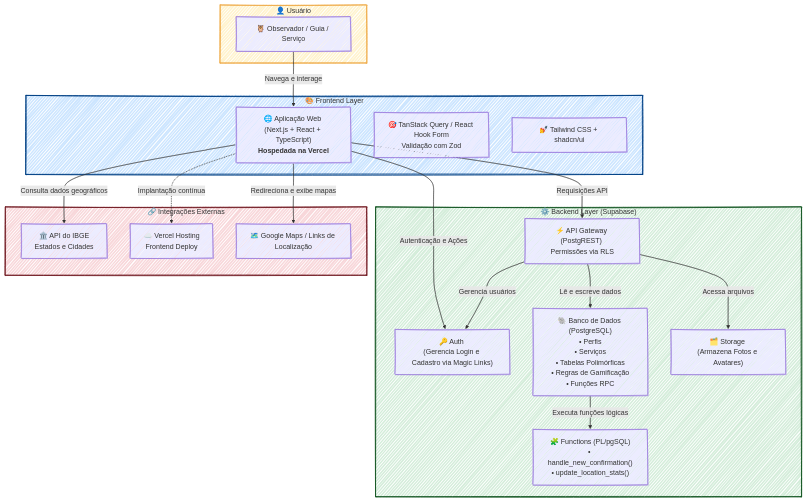
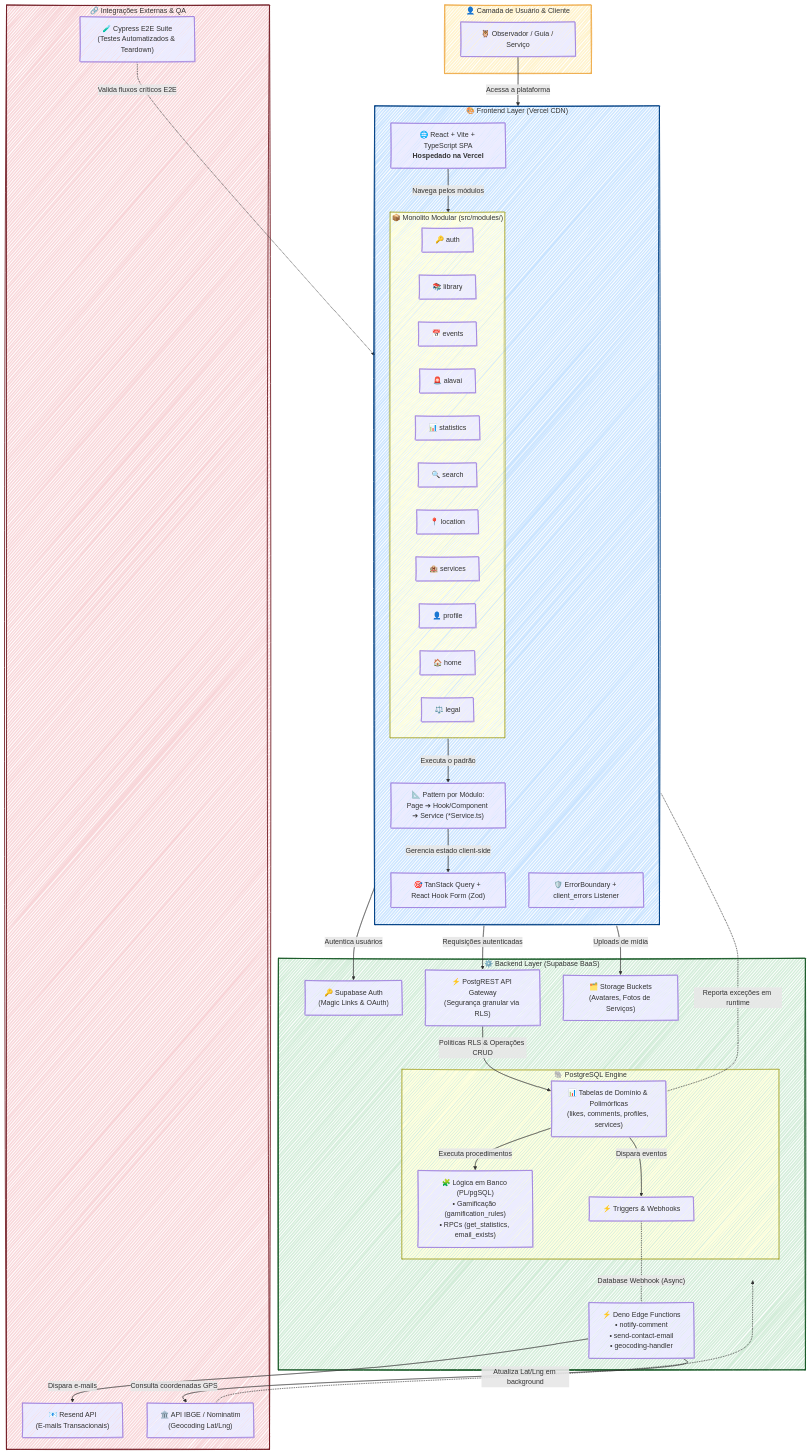
One commit to lfrichter/ask-richter changed the third of 19 diagrams in apps/backend/src/knowledge-base/Projects-Consolidated.md. Above: the diagram before and after it, drawn with Mermaid. The commit also changed other lines of this file and 2 other files, not shown here.

````diff
--- a/apps/backend/src/knowledge-base/Projects-Consolidated.md
+++ b/apps/backend/src/knowledge-base/Projects-Consolidated.md
@@ -297,46 +326,78 @@
 flowchart TD
 
     %% === Usuário ===
-    subgraph U["👤 Usuário"]
-        U1["🦉 Observador / Guia / Serviço"]
+    subgraph Client["👤 Camada de Usuário & Cliente"]
+        U["🦉 Observador / Guia / Serviço"]
     end
-    style U fill:#fff3cd,stroke:#f0ad4e,stroke-width:2px
+    style Client fill:#fff3cd,stroke:#f0ad4e,stroke-width:2px
 
-    %% === Frontend ===
-    subgraph F["🎨 Frontend Layer"]
-        F1["🌐 Aplicação Web <br>(Next.js + React + TypeScript)<br><b>Hospedada na Vercel</b>"]
-        F2["🎯 TanStack Query / React Hook Form<br>Validação com Zod"]
-        F3["💅 Tailwind CSS + shadcn/ui"]
+    %% === Frontend Modular ===
+    subgraph Frontend["🎨 Frontend Layer (Vercel CDN)"]
+        direction TB
+        SPA["🌐 React + Vite + TypeScript SPA<br><b>Hospedado na Vercel</b>"]
+        
+        subgraph Modules["📦 Monolito Modular (src/modules/)"]
+            M1["🔑 auth"]
+            M2["📚 library"]
+            M3["📅 events"]
+            M4["🚨 alavai"]
+            M5["📊 statistics"]
+            M6["🔍 search"]
+            M7["📍 location"]
+            M8["🏨 services"]
+            M9["👤 profile"]
+            M10["🏠 home"]
+            M11["⚖️ legal"]
+        end
+        
+        PATTERN["📐 Pattern por Módulo:<br>Page ➔ Hook/Component ➔ Service (*Service.ts)"]
+        UI_STATE["🎯 TanStack Query + React Hook Form (Zod)"]
+        LINT["🛡️ ErrorBoundary + client_errors Listener"]
     end
-    style F fill:#cce5ff,stroke:#004085,stroke-width:2px
+    style Frontend fill:#cce5ff,stroke:#004085,stroke-width:2px
 
-    %% === Backend / Supabase ===
-    subgraph B["⚙️ Backend Layer (Supabase)"]
-        A["🔑 Auth <br>(Gerencia Login e Cadastro via Magic Links)"]
-        API["⚡ API Gateway (PostgREST) <br>Permissões via RLS"]
-        DB["🐘 Banco de Dados (PostgreSQL)<br>• Perfis<br>• Serviços<br>• Tabelas Polimórficas<br>• Regras de Gamificação<br>• Funções RPC"]
-        S["🗂️ Storage <br>(Armazena Fotos e Avatares)"]
-        FN["🧩 Functions (PL/pgSQL)<br>• handle_new_confirmation()<br>• update_location_stats()"]
+    %% === Backend & Supabase ===
+    subgraph Backend["⚙️ Backend Layer (Supabase BaaS)"]
+        AUTH["🔑 Supabase Auth<br>(Magic Links & OAuth)"]
+        API["⚡ PostgREST API Gateway<br>(Segurança granular via RLS)"]
+        
+        subgraph DB["🐘 PostgreSQL Engine"]
+            TABLES["📊 Tabelas de Domínio & Polimórficas<br>(likes, comments, profiles, services)"]
+            PLPGSQL["🧩 Lógica em Banco (PL/pgSQL)<br>• Gamificação (gamification_rules)<br>• RPCs (get_statistics, email_exists)"]
+            TRIGGERS["⚡ Triggers & Webhooks"]
+        end
+        
+        STORAGE["🗂️ Storage Buckets<br>(Avatares, Fotos de Serviços)"]
+        EDGE["⚡ Deno Edge Functions<br>• notify-comment<br>• send-contact-email<br>• geocoding-handler"]
     end
-    style B fill:#d4edda,stroke:#155724,stroke-width:2px
+    style Backend fill:#d4edda,stroke:#155724,stroke-width:2px
 
-    %% === Integrações ===
-    subgraph I["🔗 Integrações Externas"]
-        IBGE["🏛️ API do IBGE<br>Estados e Cidades"]
-        VERCEL["☁️ Vercel Hosting<br>Frontend Deploy"]
-        MAPS["🗺️ Google Maps / Links de Localização"]
+    %% === Serviços Externos & Testes ===
+    subgraph Integrations["🔗 Integrações Externas & QA"]
+        RESEND["📧 Resend API<br>(E-mails Transacionais)"]
+        IBGE["🏛️ API IBGE / Nominatim<br>(Geocoding Lat/Lng)"]
+        CYPRESS["🧪 Cypress E2E Suite<br>(Testes Automatizados & Teardown)"]
     end
-    style I fill:#f8d7da,stroke:#721c24,stroke-width:2px
+    style Integrations fill:#f8d7da,stroke:#721c24,stroke-width:2px
 
-    %% === Conexões ===
-    U1 -->|"Navega e interage"| F1
-    F1 -->|"Autenticação e Ações"| A
-    F1 -->|"Requisições API"| API
-    API -->|"Lê e escreve dados"| DB
-    API -->|"Gerencia usuários"| A
-    API -->|"Acessa arquivos"| S
-    DB -->|"Executa funções lógicas"| FN
-    F1 -->|"Consulta dados geográficos"| IBGE
-    F1 -->|"Redireciona e exibe mapas"| MAPS
-    F1 -.->|"Implantação contínua"| VERCEL
+    %% === Fluxos e Conexões ===
+    U -->|"Acessa a plataforma"| SPA
+    SPA -->|"Navega pelos módulos"| Modules
+    Modules -->|"Executa o padrão"| PATTERN
+    PATTERN -->|"Gerencia estado client-side"| UI_STATE
+    UI_STATE -->|"Requisições autenticadas"| API
+    UI_STATE -->|"Autentica usuários"| AUTH
+    UI_STATE -->|"Uploads de mídia"| STORAGE
+    
+    API -->|"Políticas RLS & Operações CRUD"| TABLES
+    TABLES -->|"Executa procedimentos"| PLPGSQL
+    TABLES -->|"Dispara eventos"| TRIGGERS
+    
+    TRIGGERS -.-|"Database Webhook (Async)"| EDGE
+    EDGE -->|"Dispara e-mails"| RESEND
+    EDGE -->|"Consulta coordenadas GPS"| IBGE
+    IBGE -.->|"Atualiza Lat/Lng em background"| DB
+    
+    LINT -.-|"Reporta exceções em runtime"| TABLES
+    CYPRESS -.->|"Valida fluxos críticos E2E"| SPA
 ```
````
